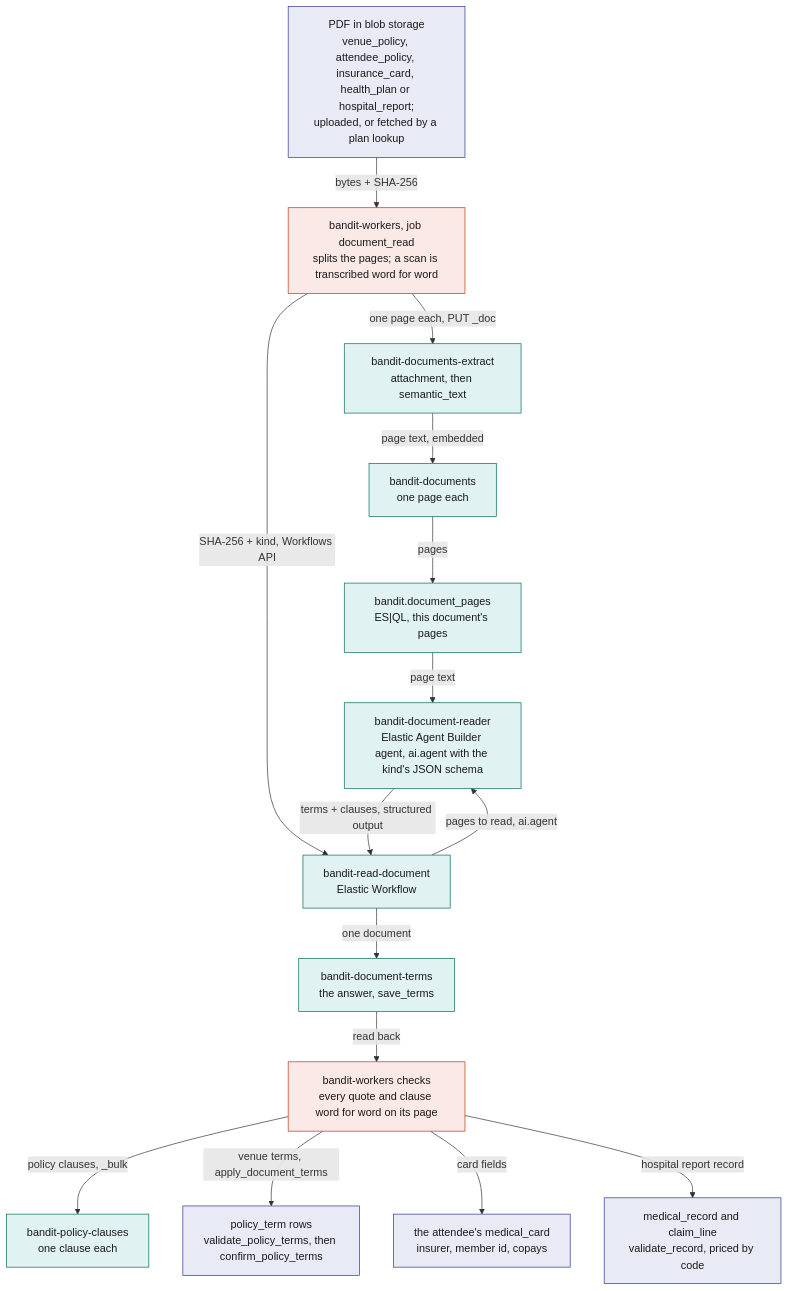
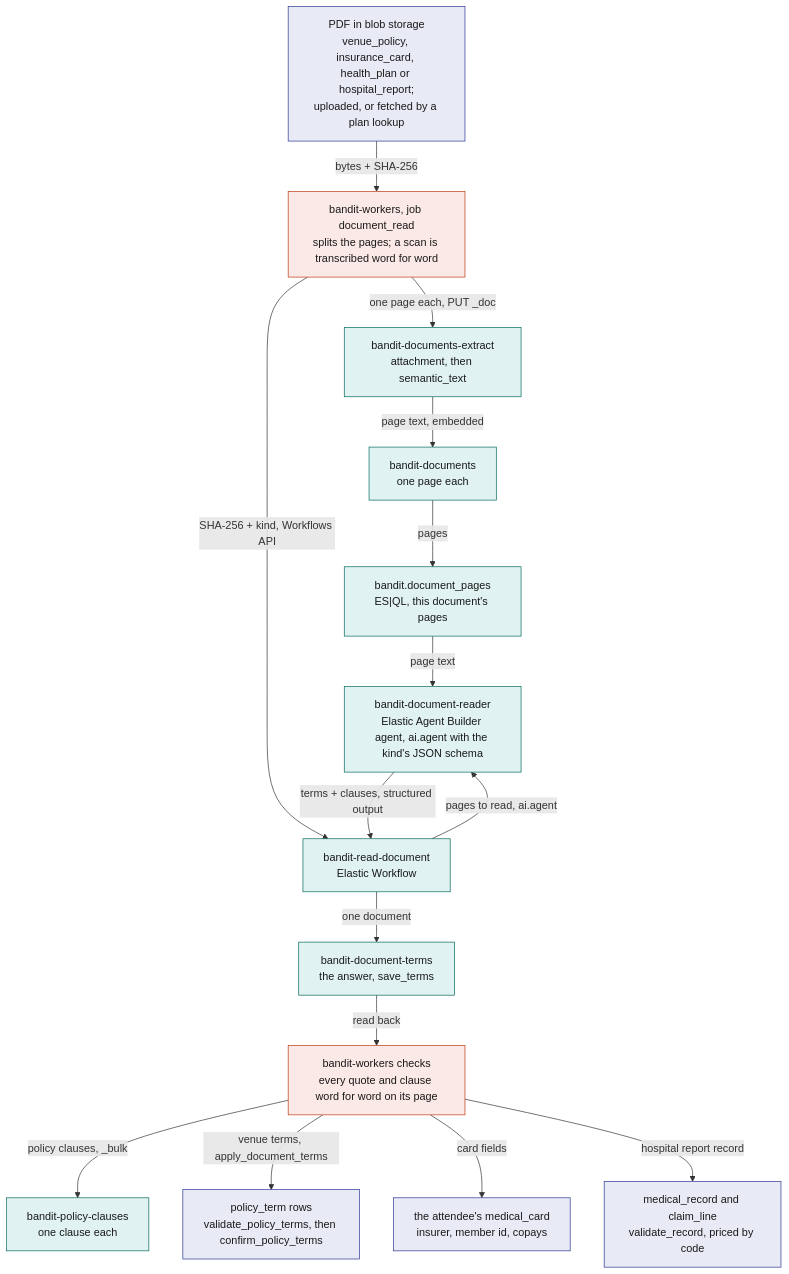
Before and after one commit to viktorinkov/cal-hacks-13: the eighth of 8 diagrams in System Design/7-integrations/Elastic.md, drawn with Mermaid. The commit also changed other lines of this file and 53 other files, not shown here.

Commit message:
theft is stealing from the venue: its property policy pays, no claims for attendees' belongings

````diff
--- a/System Design/7-integrations/Elastic.md
+++ b/System Design/7-integrations/Elastic.md
@@ -683,35 +682,35 @@
 ```mermaid
 flowchart TB
   classDef rust fill:#FBE9E7,stroke:#BF360C,color:#1A1A1A
   classDef stdb fill:#E8EAF6,stroke:#283593,color:#1A1A1A
   classDef ext fill:#E0F2F1,stroke:#00695C,color:#1A1A1A
 
-  PDF["PDF in blob storage<br/>venue_policy, attendee_policy, insurance_card, health_plan or hospital_report;<br/>uploaded, or fetched by a plan lookup"]:::stdb
+  PDF["PDF in blob storage<br/>venue_policy, insurance_card, health_plan or hospital_report;<br/>uploaded, or fetched by a plan lookup"]:::stdb
   DR["bandit-workers, job document_read<br/>splits the pages; a scan is transcribed word for word"]:::rust
   EX["bandit-documents-extract<br/>attachment, then semantic_text"]:::ext
   DOCS["bandit-documents<br/>one page each"]:::ext
   WF["bandit-read-document<br/>Elastic Workflow"]:::ext
   AG["bandit-document-reader<br/>Elastic Agent Builder agent, ai.agent with the kind's JSON schema"]:::ext
   TL["bandit.document_pages<br/>ES|QL, this document's pages"]:::ext
   TR["bandit-document-terms<br/>the answer, save_terms"]:::ext
   CHK["bandit-workers checks<br/>every quote and clause word for word on its page"]:::rust
   CL["bandit-policy-clauses<br/>one clause each"]:::ext
   PT["policy_term rows<br/>validate_policy_terms, then confirm_policy_terms"]:::stdb
   MC["the attendee's medical_card<br/>insurer, member id, copays"]:::stdb
   MR["medical_record and claim_line<br/>validate_record, priced by code"]:::stdb
 
   PDF -->|"bytes + SHA-256"| DR
   DR -->|"one page each, PUT _doc"| EX
   EX -->|"page text, embedded"| DOCS
   DR -->|"SHA-256 + kind, Workflows API"| WF
   WF -->|"pages to read, ai.agent"| AG
   DOCS -->|"pages"| TL
   TL -->|"page text"| AG
   AG -->|"terms + clauses, structured output"| WF
   WF -->|"one document"| TR
   TR -->|"read back"| CHK
   CHK -->|"policy clauses, _bulk"| CL
   CHK -->|"venue terms, apply_document_terms"| PT
   CHK -->|"card fields"| MC
   CHK -->|"hospital report record"| MR
 ```
````
